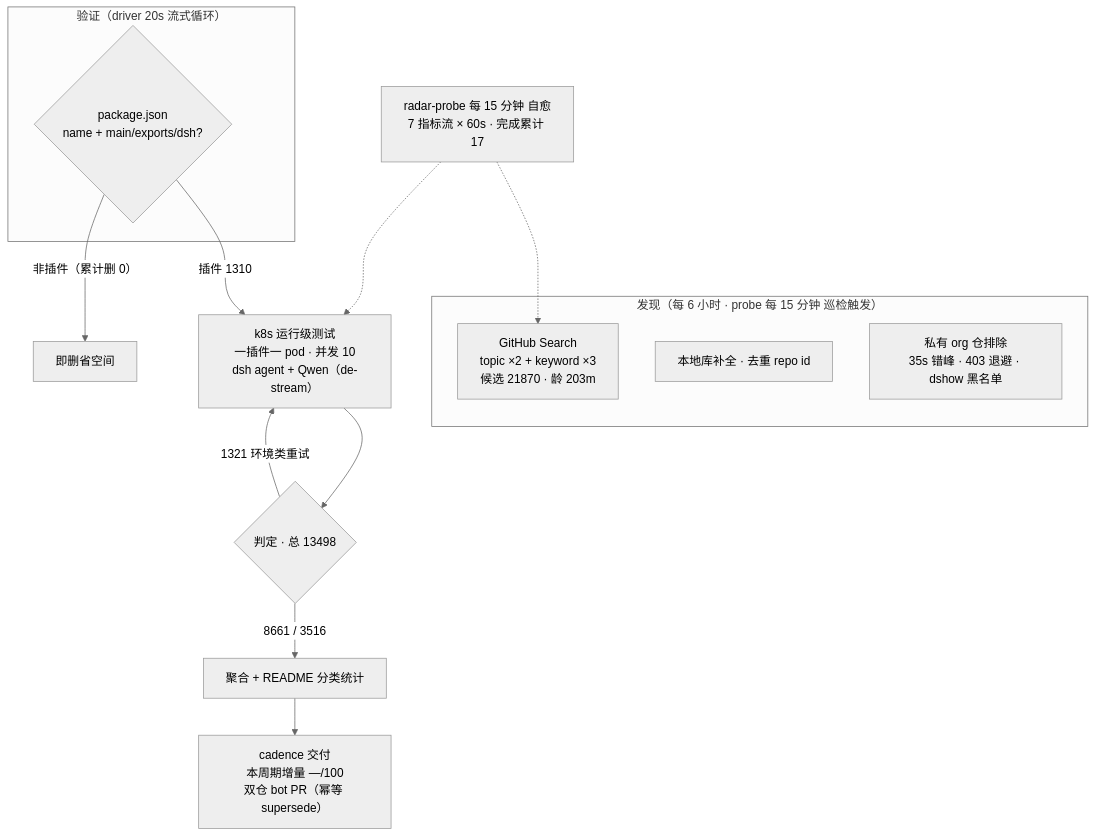
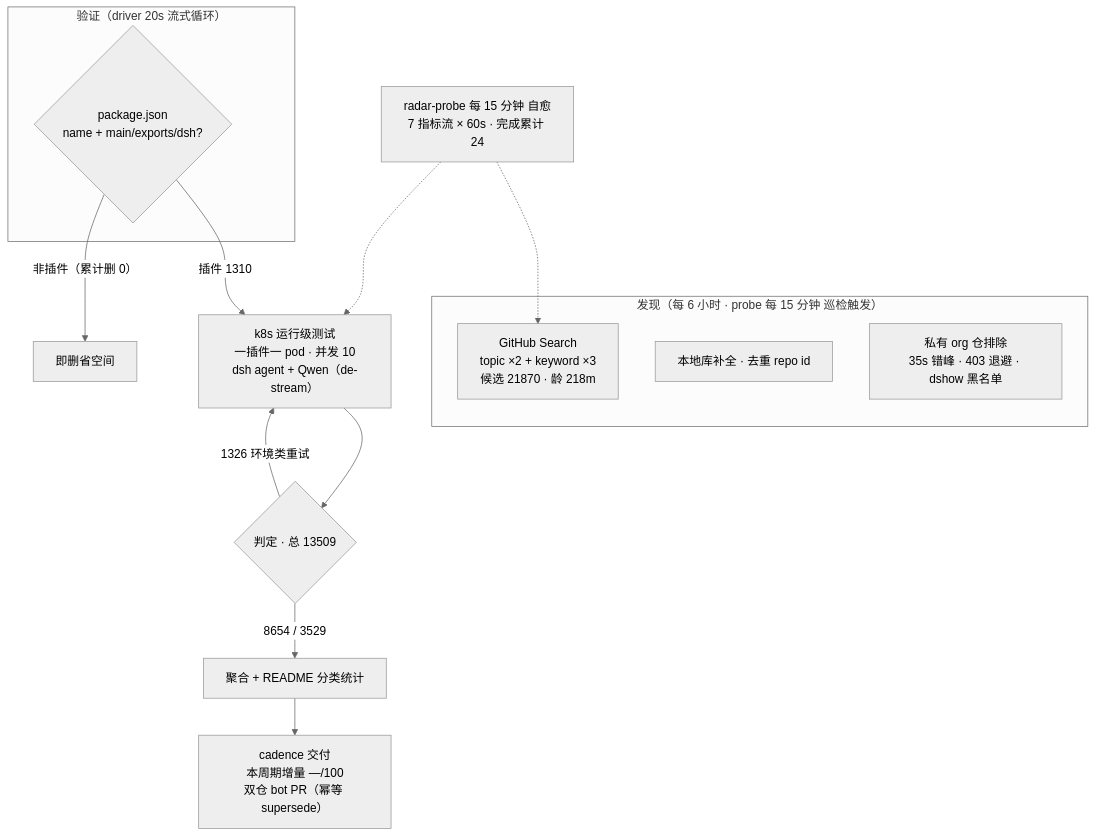
One commit to 1420079678-ctrl/dsh-plugin-radar changed the diagram in README.md. Above: the diagram before and after it, drawn with Mermaid (neutral theme). The commit also changed other lines of this file and 11 other files, not shown here.

````diff
--- a/README.md
+++ b/README.md
@@ -51,20 +51,20 @@
 ```mermaid
 flowchart TB
     subgraph Discovery["发现（每 6 小时 · probe 每 15 分钟 巡检触发）"]
-        A1["GitHub Search<br/>topic ×2 + keyword ×3<br/>候选 21870 · 龄 203m"]
+        A1["GitHub Search<br/>topic ×2 + keyword ×3<br/>候选 21870 · 龄 218m"]
         A2["本地库补全 · 去重 repo id"]
         A3["私有 org 仓排除<br/>35s 错峰 · 403 退避 · dshow 黑名单"]
     end
     subgraph Validation["验证（driver 20s 流式循环）"]
         B1{"package.json<br/>name + main/exports/dsh?"}
     end
     B1 -->|"插件 1310"| C1["k8s 运行级测试<br/>一插件一 pod · 并发 10<br/>dsh agent + Qwen（de-stream）"]
     B1 -->|"非插件（累计删 0）"| B3["即删省空间"]
-    C1 --> D1{"判定 · 总 13498"}
-    D1 -->|"8661 / 3516"| E1["聚合 + README 分类统计"]
-    D1 -->|"1321 环境类重试"| C1
+    C1 --> D1{"判定 · 总 13509"}
+    D1 -->|"8654 / 3529"| E1["聚合 + README 分类统计"]
+    D1 -->|"1326 环境类重试"| C1
     E1 --> E2["cadence 交付<br/>本周期增量 —/100<br/>双仓 bot PR（幂等 supersede）"]
-    M["radar-probe 每 15 分钟 自愈<br/>7 指标流 × 60s · 完成累计 17"]
+    M["radar-probe 每 15 分钟 自愈<br/>7 指标流 × 60s · 完成累计 24"]
     M -.-> A1
     M -.-> C1
 ```
````
